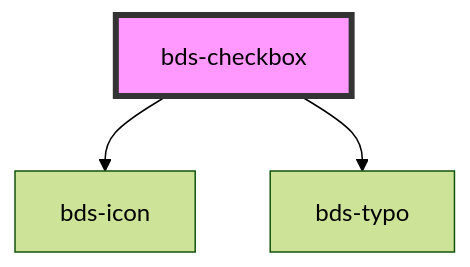
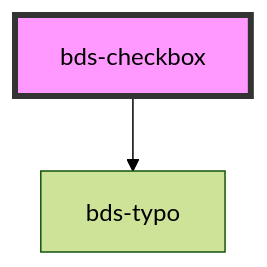
The diagram in src/components/checkbox/readme.md (takenet/blip-ds), drawn with Mermaid (forest theme) before and after one commit. The commit also changed other lines of this file and 207 other files, not shown here.

````diff
--- a/src/components/checkbox/readme.md
+++ b/src/components/checkbox/readme.md
@@ -58,6 +57,5 @@
 ```mermaid
 graph TD;
-  bds-checkbox --> bds-icon
   bds-checkbox --> bds-typo
   style bds-checkbox fill:#f9f,stroke:#333,stroke-width:4px
 ```
````
